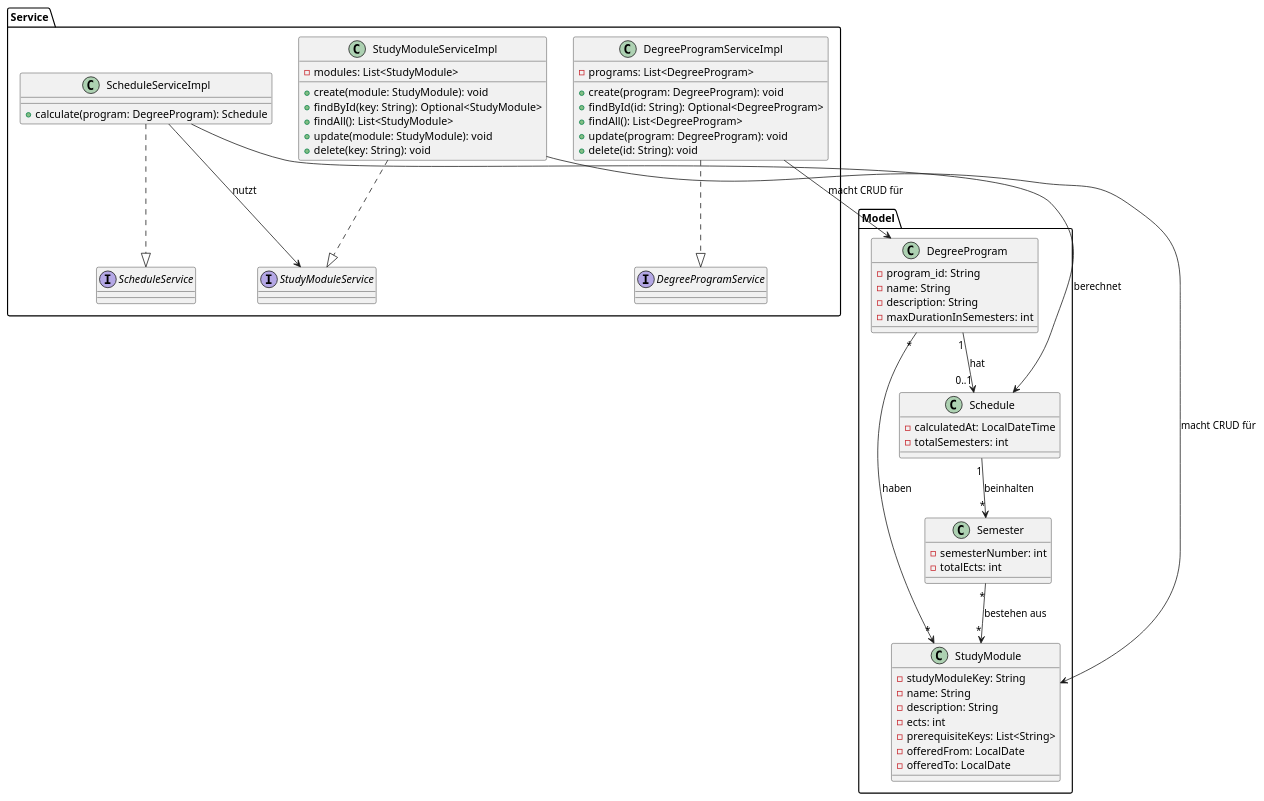
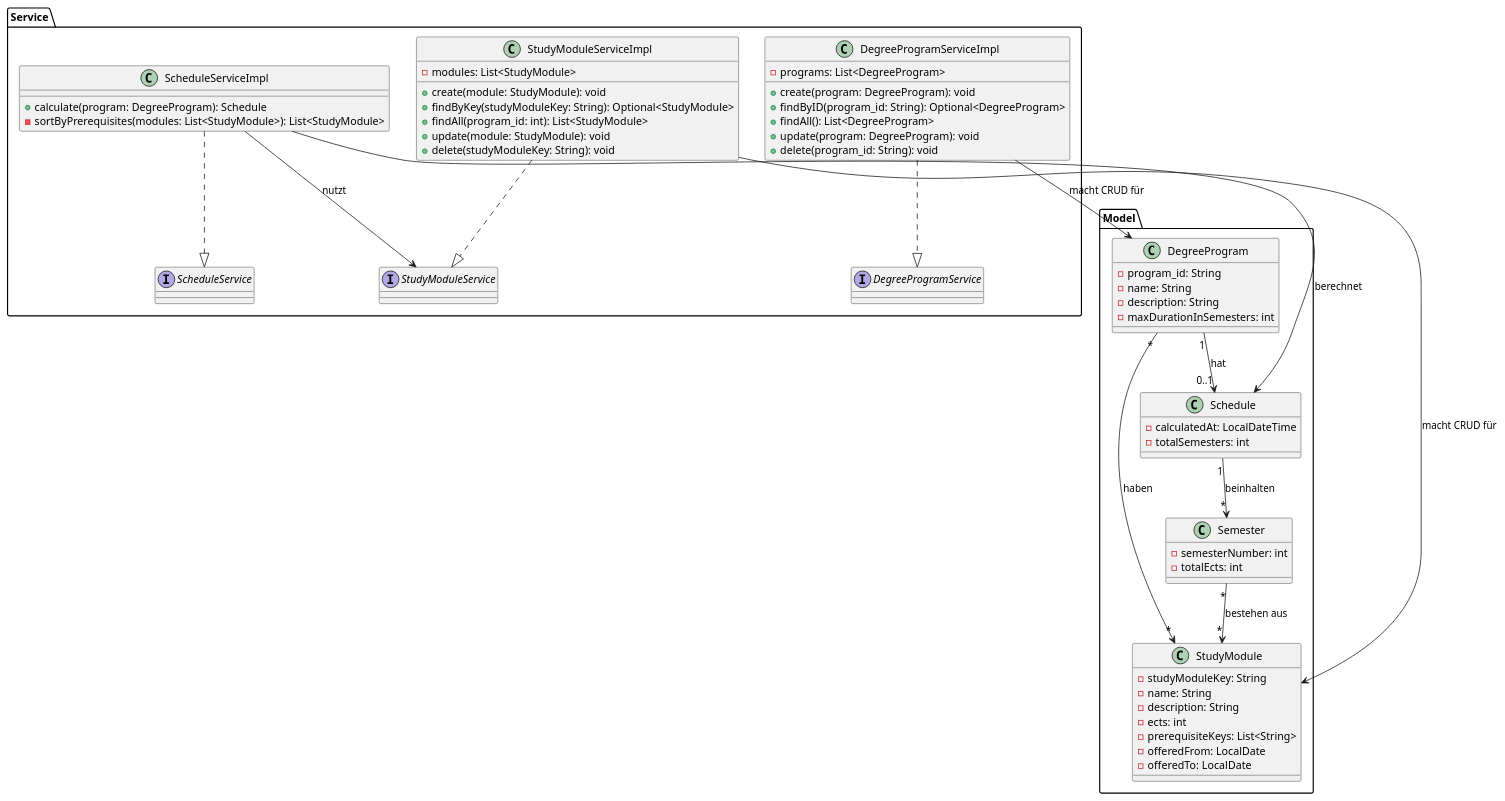
Before and after one commit to Ginimo/Studyplanner: the diagram in docs/Diagramme/01_Klassendiagramm_V1.1.puml, drawn with PlantUML. The commit also changed 1 other file, not shown here.

Commit message:
Aufgabe 2 und Aufgabe 1: Neue private Methode fsortByPrerequisites für Schedule Services

```diff
--- a/docs/Diagramme/01_Klassendiagramm_V1.1.puml
+++ b/docs/Diagramme/01_Klassendiagramm_V1.1.puml
@@ -1,76 +1,77 @@
 @startuml
 
 package "Model" {
     class DegreeProgram{
     - program_id: String
     - name: String
     - description: String
     - maxDurationInSemesters: int
     }
 
     class StudyModule{
     - studyModuleKey: String
     - name: String
     - description: String
     - ects: int
     - prerequisiteKeys: List<String>
     - offeredFrom: LocalDate
     - offeredTo: LocalDate
     }
 
     class Schedule{
     - calculatedAt: LocalDateTime
     - totalSemesters: int
     }
 
     class Semester{
     - semesterNumber: int
     - totalEcts: int
     }
 }
 
 package "Service" {
     interface DegreeProgramService{}
     interface StudyModuleService{}
     interface ScheduleService{}
 
     class DegreeProgramServiceImpl{
     - programs: List<DegreeProgram>
     + create(program: DegreeProgram): void
-    + findById(id: String): Optional<DegreeProgram>
+    + findByID(program_id: String): Optional<DegreeProgram>
     + findAll(): List<DegreeProgram>
     + update(program: DegreeProgram): void
-    + delete(id: String): void
+    + delete(program_id: String): void
     }
 
     class StudyModuleServiceImpl{
     - modules: List<StudyModule>
     + create(module: StudyModule): void
-    + findById(key: String): Optional<StudyModule>
-    + findAll(): List<StudyModule>
+    + findByKey(studyModuleKey: String): Optional<StudyModule>
+    + findAll(program_id: int): List<StudyModule>
     + update(module: StudyModule): void
-    + delete(key: String): void
+    + delete(studyModuleKey: String): void
     }
 
     class ScheduleServiceImpl{
     + calculate(program: DegreeProgram): Schedule
+    - sortByPrerequisites(modules: List<StudyModule>): List<StudyModule>
     }
 
     DegreeProgramServiceImpl ..|> DegreeProgramService
     StudyModuleServiceImpl ..|> StudyModuleService
     ScheduleServiceImpl ..|> ScheduleService
 }
 
 ' Assoziationen Daten
 DegreeProgram "1" --> "0..1" Schedule : hat
 Schedule "1" --> "*" Semester : beinhalten
 Semester "*" --> "*" StudyModule : bestehen aus
 DegreeProgram "*" --> "*" StudyModule : haben
 
 ' Assoziationen Logik
 DegreeProgramServiceImpl --> DegreeProgram : macht CRUD für
 StudyModuleServiceImpl --> StudyModule : macht CRUD für
 ScheduleServiceImpl --> Schedule : berechnet
 ScheduleServiceImpl --> StudyModuleService : nutzt
 
 @enduml
```
